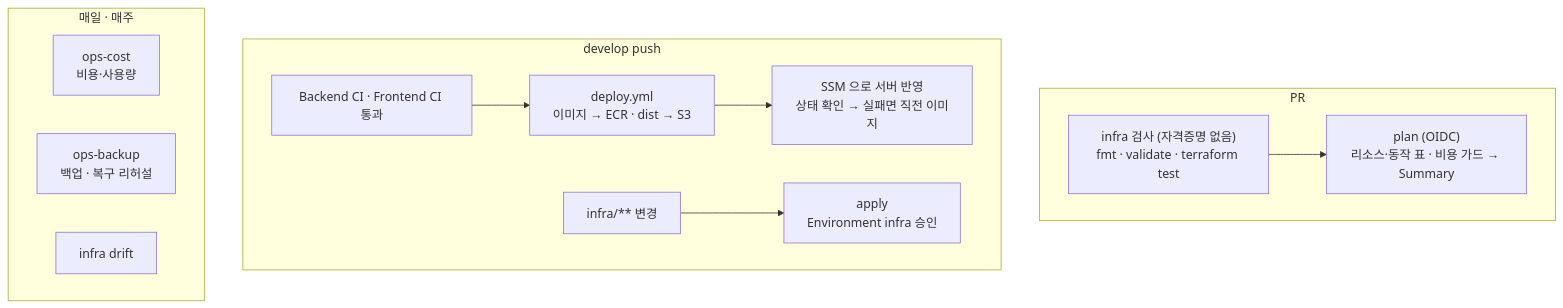
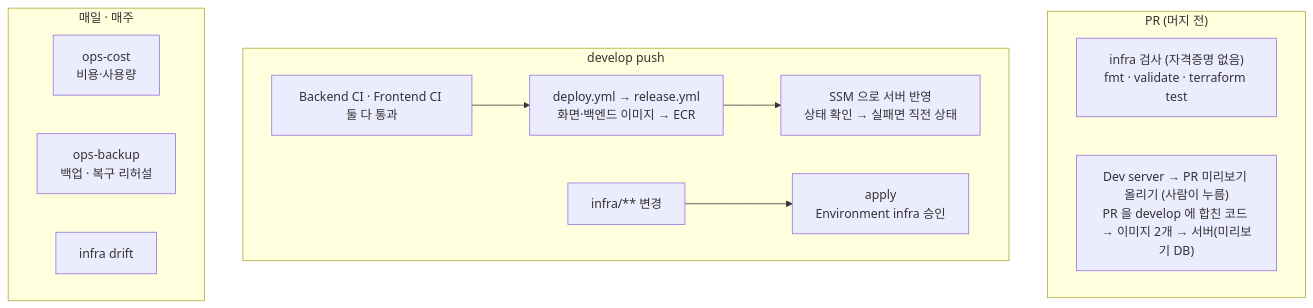
One commit to kakaotechcampus-4/ktc4-chonnam-4 changed the second of 2 diagrams in docs/cd-architecture.md. Above: the diagram before and after it, drawn with Mermaid. The commit also changed other lines of this file and 48 other files, not shown here.

First line of the commit message:
ci: 팀원용 Dev server — 머지 전 PR 을 AWS 에서 띄워 보기, 화면도 서버(nginx)에서 내고 CloudFront 원본을 하나로

````diff
--- a/docs/cd-architecture.md
+++ b/docs/cd-architecture.md
@@ -149,16 +153,17 @@
 ```mermaid
 flowchart TB
-  subgraph PR["PR"]
-    T1["infra 검사 (자격증명 없음)<br/>fmt · validate · terraform test"] --> T2["plan (OIDC)<br/>리소스·동작 표 · 비용 가드 → Summary"]
+  subgraph PR["PR (머지 전)"]
+    T1["infra 검사 (자격증명 없음)<br/>fmt · validate · terraform test"]
+    P1["Dev server → PR 미리보기 올리기 (사람이 누름)<br/>PR 을 develop 에 합친 코드 → 이미지 2개 → 서버(미리보기 DB)"]
   end
   subgraph DEV["develop push"]
-    A1["Backend CI · Frontend CI 통과"] --> D1["deploy.yml<br/>이미지 → ECR · dist → S3"]
-    D1 --> D2["SSM 으로 서버 반영<br/>상태 확인 → 실패면 직전 이미지"]
+    A1["Backend CI · Frontend CI 둘 다 통과"] --> D1["deploy.yml → release.yml<br/>화면·백엔드 이미지 → ECR"]
+    D1 --> D2["SSM 으로 서버 반영<br/>상태 확인 → 실패면 직전 상태"]
     I1["infra/** 변경"] --> I2["apply<br/>Environment infra 승인"]
   end
   subgraph CRON["매일 · 매주"]
     C1["ops-cost<br/>비용·사용량"]
     C2["ops-backup<br/>백업 · 복구 리허설"]
     C3["infra drift"]
   end
 ```
````
